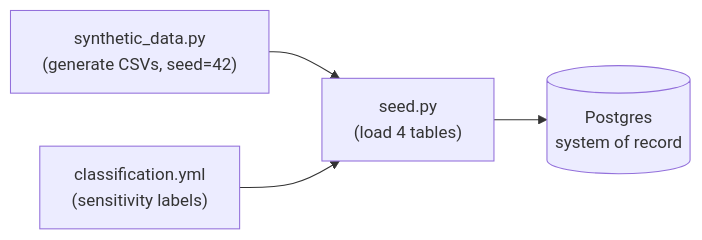
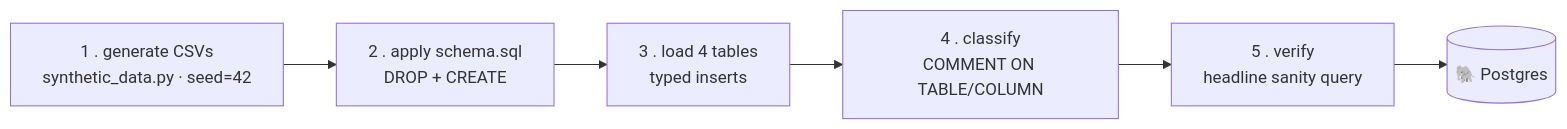
Before and after one commit to fgarofalo56/nasa-api-first-poc: the third of 4 diagrams in services/seeder/README.md, drawn with Mermaid. The commit also changed other lines of this file and 40 other files, not shown here.

````diff
--- a/services/seeder/README.md
+++ b/services/seeder/README.md
@@ -14,6 +139,8 @@
 ```mermaid
 flowchart LR
-    gen["synthetic_data.py<br/>(generate CSVs, seed=42)"] --> load["seed.py<br/>(load 4 tables)"]
-    cls["classification.yml<br/>(sensitivity labels)"] --> load
-    load --> pg[("Postgres<br/>system of record")]
+    gen["1 . generate CSVs<br/>synthetic_data.py · seed=42"] --> schema["2 . apply schema.sql<br/>DROP + CREATE"]
+    schema --> load["3 . load 4 tables<br/>typed inserts"]
+    load --> cls["4 . classify<br/>COMMENT ON TABLE/COLUMN"]
+    cls --> verify["5 . verify<br/>headline sanity query"]
+    verify --> pg[("🐘 Postgres")]
 ```
````
